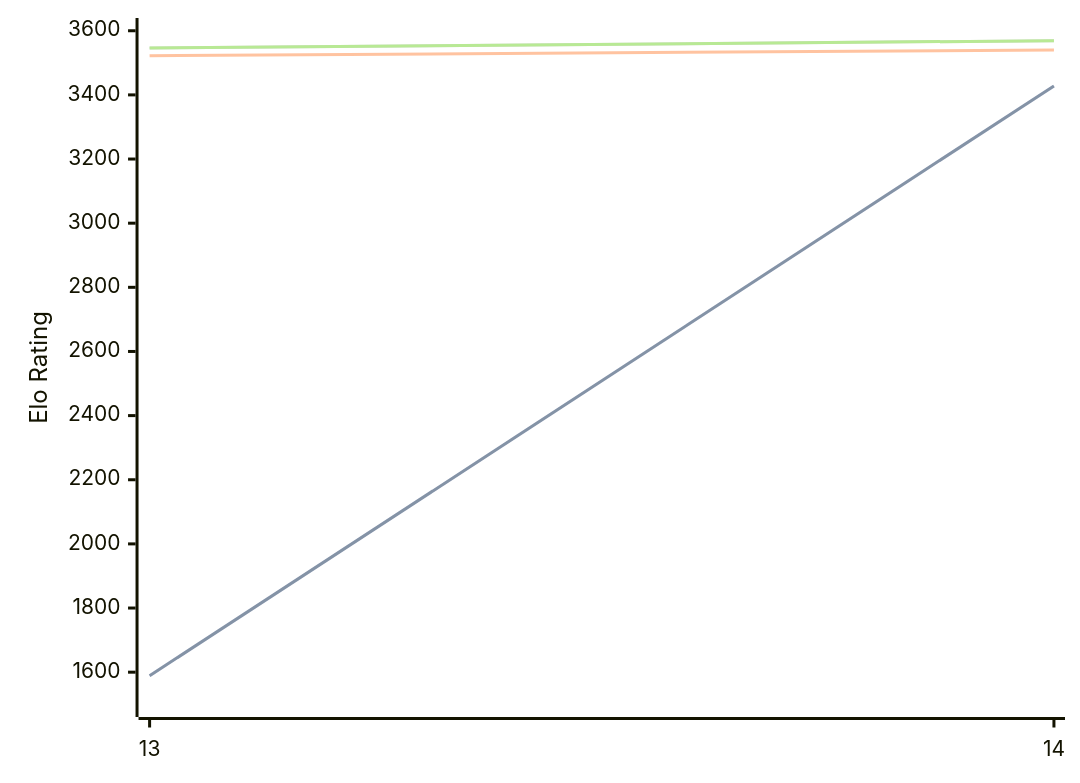
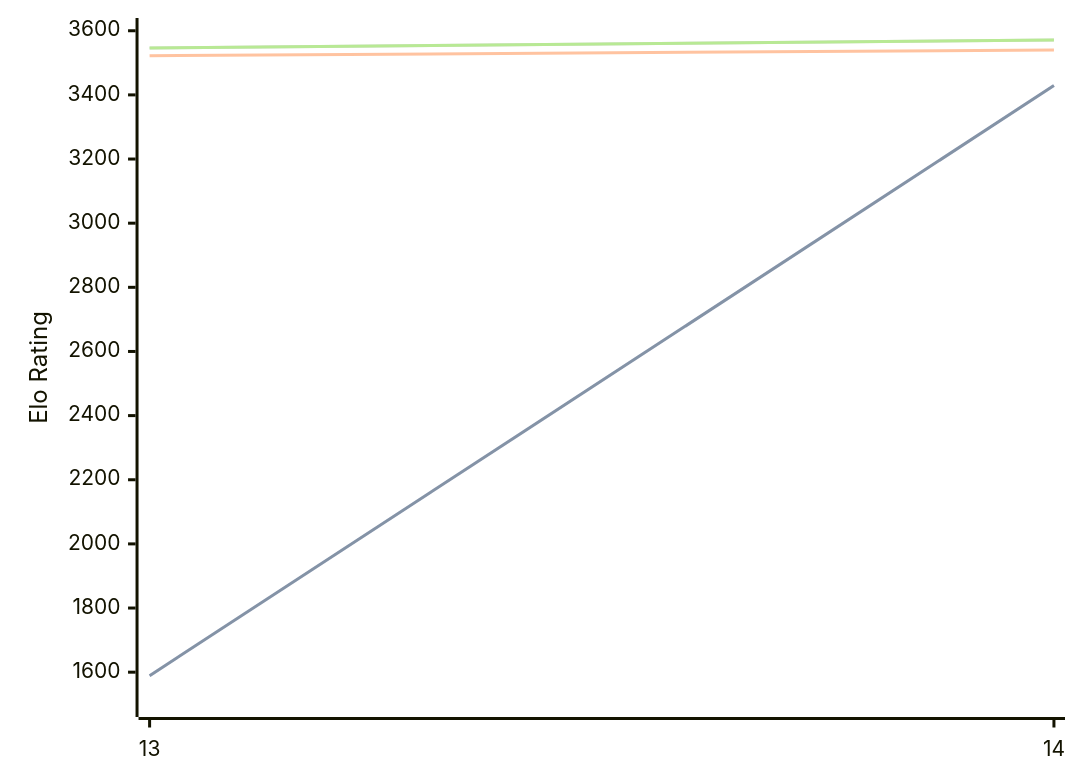
The diagram in engines/Berserk.md (computer-chess-index/cci), drawn with Mermaid before and after one commit. The commit also changed other lines of this file, not shown here.

Commit message:
Update CCI Ratings (ELO VLTC) - 2026-08-21

````diff
--- a/engines/Berserk.md
+++ b/engines/Berserk.md
@@ -33,11 +33,11 @@
 ```mermaid
 %%{init: {"theme":"base","themeVariables":{"seriesColors:['#a3a3a3','#222221','#faa371']}}}%%
 xychart-beta
   x-axis ["13", "14"]
   y-axis "Elo Rating" 1500 --> 3600
-  line "STC (8.0+0.08s)" [1589, 3428]
-  line "STC (8.0+0.08s)" [1589, 3428]
+  line "STC (8.0+0.08s)" [1589, 3429]
+  line "STC (8.0+0.08s)" [1589, 3429]
   line "LTC (60.0+0.60s)" [3522, 3540]
-  line "VLTC (2m24s+1.12s)" [3546, 3569]
-  line "VLTC (2m24s+1.12s)" [3546, 3569]
+  line "VLTC (2m24s+1.12s)" [3546, 3571]
+  line "VLTC (2m24s+1.12s)" [3546, 3571]
 ```
````
